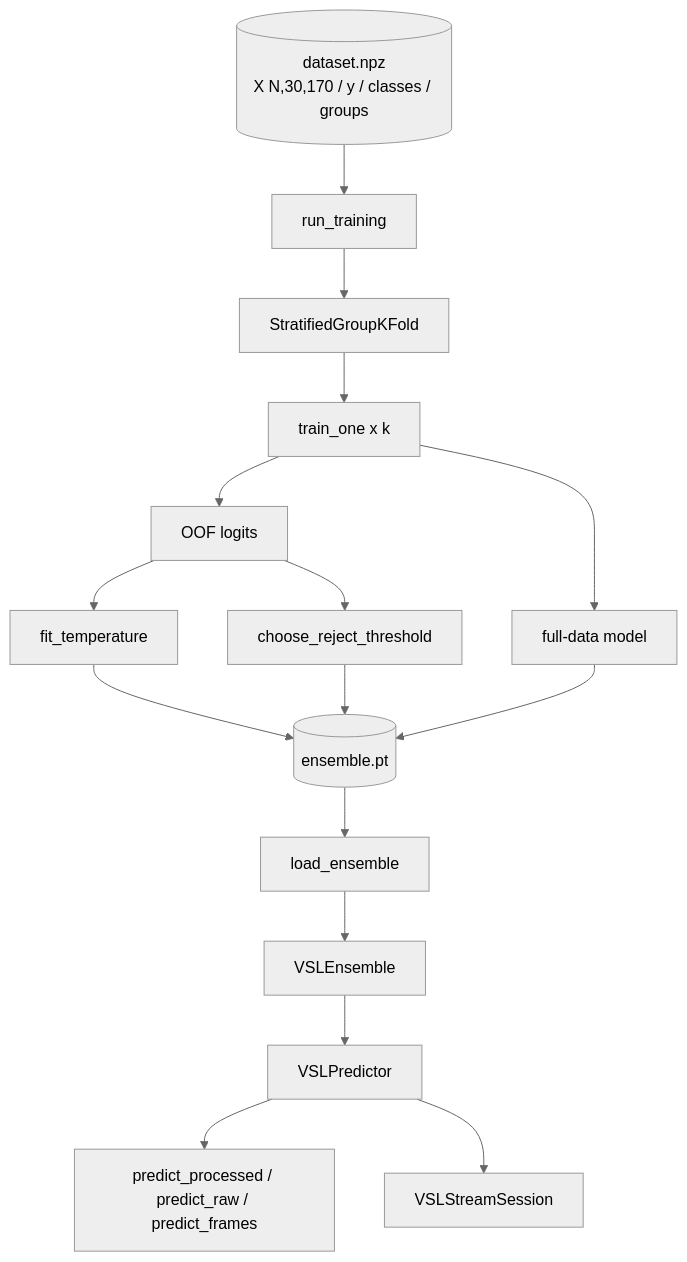
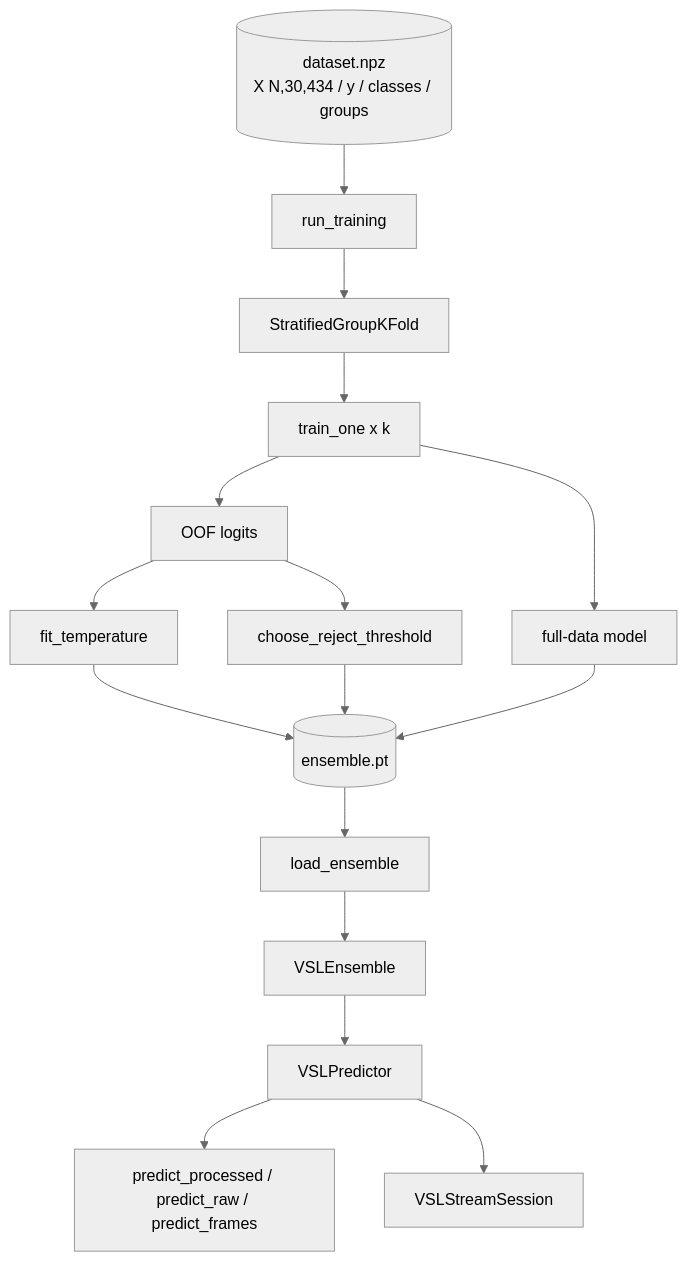
One commit to TongTaiTrung/vsl-translator-new changed the diagram in docs/model/README.md. Above: the diagram before and after it, drawn with Mermaid (neutral theme). The commit also changed other lines of this file and 144 other files, not shown here.

````diff
--- a/docs/model/README.md
+++ b/docs/model/README.md
@@ -7,18 +7,18 @@
 ```mermaid
 flowchart TD
-    A[(dataset.npz<br/>X N,30,170 / y / classes / groups)] --> B[run_training]
+    A[(dataset.npz<br/>X N,30,434 / y / classes / groups)] --> B[run_training]
     B --> C[StratifiedGroupKFold]
     C --> D[train_one x k]
     D --> E[OOF logits]
     E --> F[fit_temperature]
     E --> G[choose_reject_threshold]
     D --> H[full-data model]
     F --> I[(ensemble.pt)]
     G --> I
     H --> I
     I --> J[load_ensemble]
     J --> K[VSLEnsemble]
     K --> L[VSLPredictor]
     L --> M[predict_processed / predict_raw / predict_frames]
     L --> N[VSLStreamSession]
 ```
````
